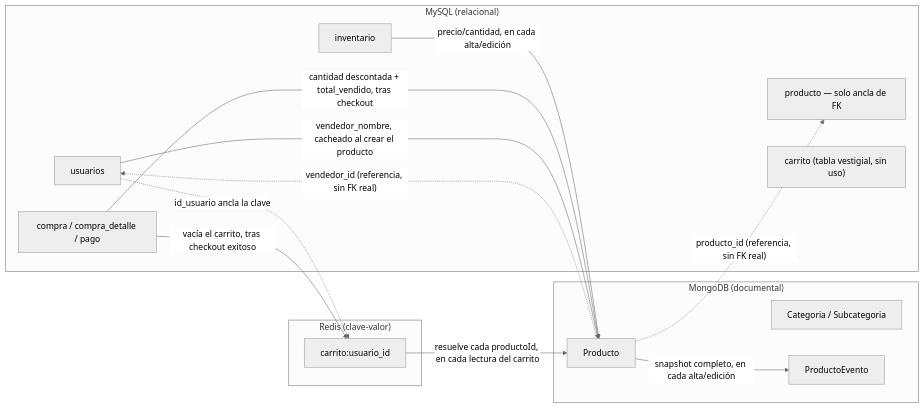
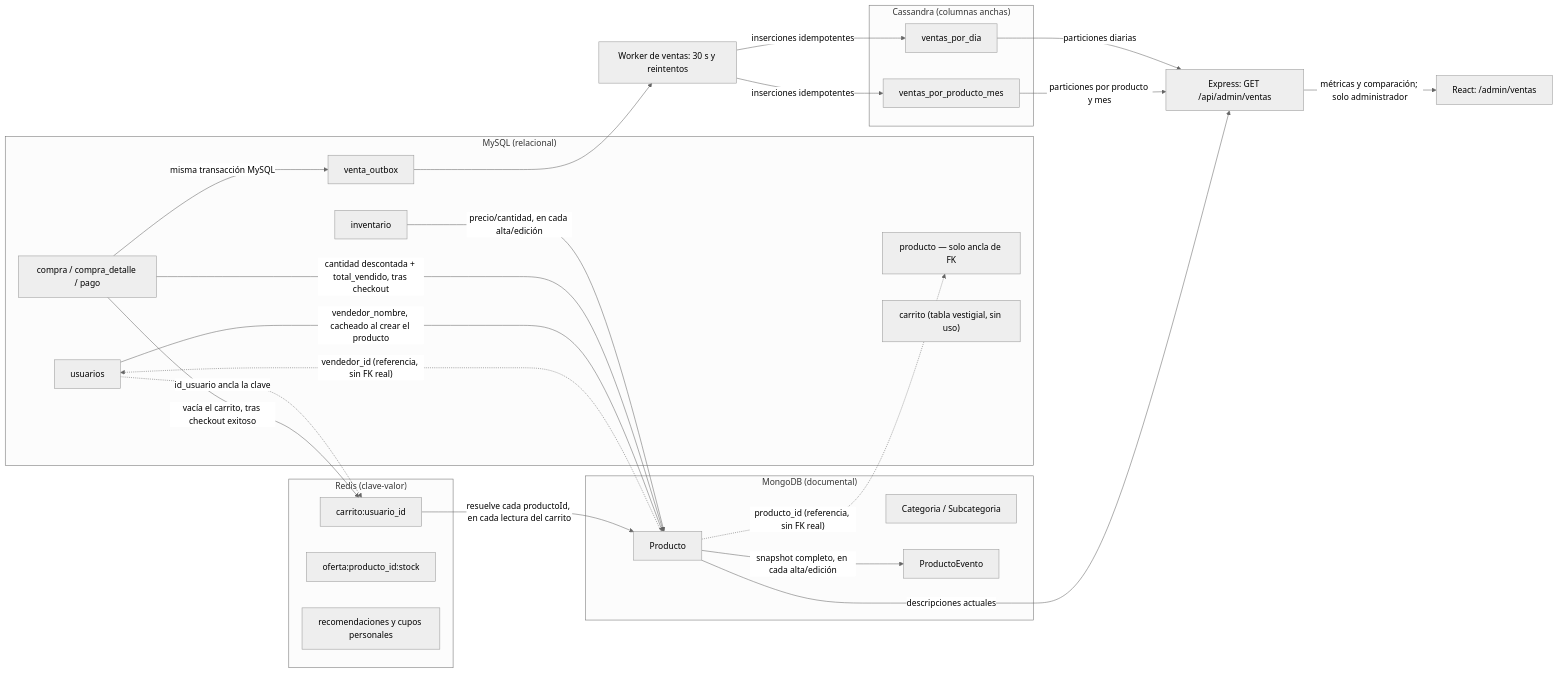
Before and after one commit to VidStal12/Base_de_Datos_2_P: the first of 2 diagrams in IA/ERD-ARQUITECTURA-POLIGLOTA.md, drawn with Mermaid (neutral theme). The commit also changed other lines of this file and 29 other files, not shown here.

````diff
--- a/IA/ERD-ARQUITECTURA-POLIGLOTA.md
+++ b/IA/ERD-ARQUITECTURA-POLIGLOTA.md
@@ -21,31 +22,51 @@
 ```mermaid
 flowchart LR
     subgraph MySQL["MySQL (relacional)"]
         M_usuarios[usuarios]
         M_inventario[inventario]
         M_producto[producto — solo ancla de FK]
         M_compra[compra / compra_detalle / pago]
+        M_outbox[venta_outbox]
         M_carrito["carrito (tabla vestigial, sin uso)"]
     end
 
     subgraph Mongo["MongoDB (documental)"]
         MG_producto[Producto]
         MG_cat[Categoria / Subcategoria]
         MG_evento[ProductoEvento]
     end
 
     subgraph Redis["Redis (clave-valor)"]
         R_carrito["carrito:usuario_id"]
+        R_oferta["oferta:producto_id:stock"]
+        R_recomendacion["recomendaciones y cupos personales"]
     end
+
+    subgraph Cassandra["Cassandra (columnas anchas)"]
+        C_dia[ventas_por_dia]
+        C_producto[ventas_por_producto_mes]
+    end
+
+    W[Worker de ventas: 30 s y reintentos]
+    API[Express: GET /api/admin/ventas]
+    UI[React: /admin/ventas]
 
     M_inventario -- "precio/cantidad, en cada alta/edición" --> MG_producto
     M_compra -- "cantidad descontada + total_vendido, tras checkout" --> MG_producto
     M_usuarios -- "vendedor_nombre, cacheado al crear el producto" --> MG_producto
     MG_producto -. "producto_id (referencia, sin FK real)" .-> M_producto
     MG_producto -. "vendedor_id (referencia, sin FK real)" .-> M_usuarios
     MG_producto -- "snapshot completo, en cada alta/edición" --> MG_evento
 
     M_usuarios -. "id_usuario ancla la clave" .-> R_carrito
     M_compra -- "vacía el carrito, tras checkout exitoso" --> R_carrito
     R_carrito -- "resuelve cada productoId, en cada lectura del carrito" --> MG_producto
+    M_compra -- "misma transacción MySQL" --> M_outbox
+    M_outbox --> W
+    W -- "inserciones idempotentes" --> C_dia
+    W -- "inserciones idempotentes" --> C_producto
+    C_dia -- "particiones diarias" --> API
+    C_producto -- "particiones por producto y mes" --> API
+    MG_producto -- "descripciones actuales" --> API
+    API -- "métricas y comparación; solo administrador" --> UI
 ```
````
